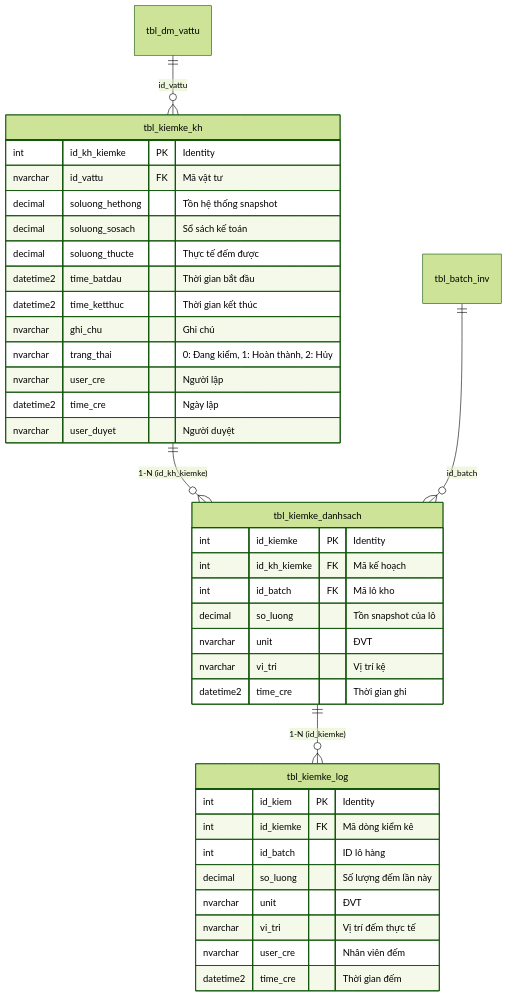
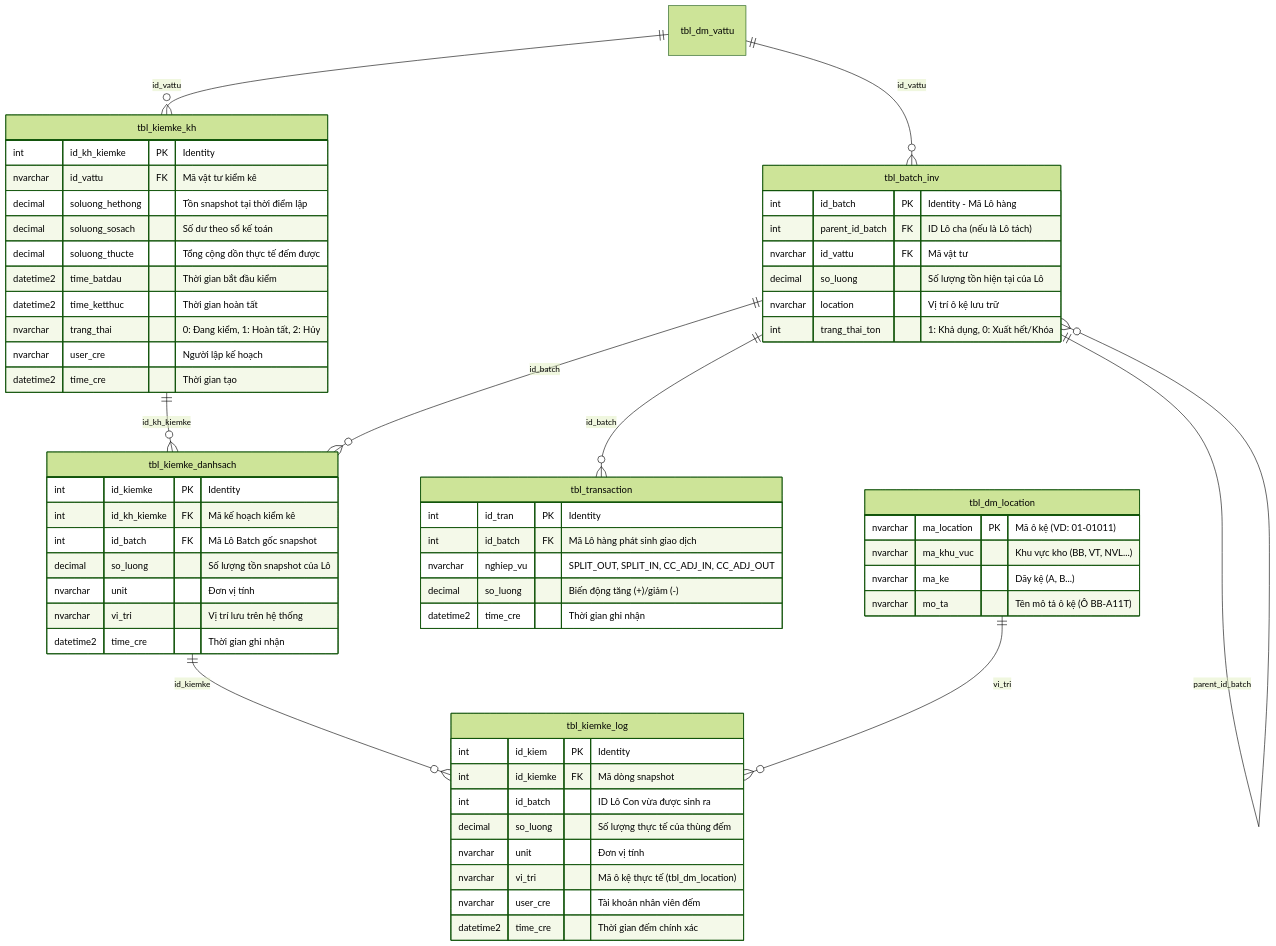
The third of 3 diagrams in docs/use-cases/UC-27_INV-08.md (Sohoa-KNSG/mms), drawn with Mermaid (forest theme) before and after one commit. The commit also changed other lines of this file, not shown here.

````diff
--- a/docs/use-cases/UC-27_INV-08.md
+++ b/docs/use-cases/UC-27_INV-08.md
@@ -260,43 +330,69 @@
 ```mermaid
 erDiagram
     tbl_dm_vattu ||--o{ tbl_kiemke_kh : "id_vattu"
-    tbl_kiemke_kh ||--o{ tbl_kiemke_danhsach : "1-N (id_kh_kiemke)"
-    tbl_kiemke_danhsach ||--o{ tbl_kiemke_log : "1-N (id_kiemke)"
+    tbl_dm_vattu ||--o{ tbl_batch_inv : "id_vattu"
+    tbl_kiemke_kh ||--o{ tbl_kiemke_danhsach : "id_kh_kiemke"
+    tbl_kiemke_danhsach ||--o{ tbl_kiemke_log : "id_kiemke"
     tbl_batch_inv ||--o{ tbl_kiemke_danhsach : "id_batch"
+    tbl_batch_inv ||--o{ tbl_batch_inv : "parent_id_batch"
+    tbl_batch_inv ||--o{ tbl_transaction : "id_batch"
+    tbl_dm_location ||--o{ tbl_kiemke_log : "vi_tri"
 
     tbl_kiemke_kh {
         int id_kh_kiemke PK "Identity"
-        nvarchar id_vattu FK "Mã vật tư"
-        decimal soluong_hethong "Tồn hệ thống snapshot"
-        decimal soluong_sosach "Sổ sách kế toán"
-        decimal soluong_thucte "Thực tế đếm được"
-        datetime2 time_batdau "Thời gian bắt đầu"
-        datetime2 time_ketthuc "Thời gian kết thúc"
-        nvarchar ghi_chu "Ghi chú"
-        nvarchar trang_thai "0: Đang kiểm, 1: Hoàn thành, 2: Hủy"
-        nvarchar user_cre "Người lập"
-        datetime2 time_cre "Ngày lập"
-        nvarchar user_duyet "Người duyệt"
+        nvarchar id_vattu FK "Mã vật tư kiểm kê"
+        decimal soluong_hethong "Tồn snapshot tại thời điểm lập"
+        decimal soluong_sosach "Số dư theo sổ kế toán"
+        decimal soluong_thucte "Tổng cộng dồn thực tế đếm được"
+        datetime2 time_batdau "Thời gian bắt đầu kiểm"
+        datetime2 time_ketthuc "Thời gian hoàn tất"
+        nvarchar trang_thai "0: Đang kiểm, 1: Hoàn tất, 2: Hủy"
+        nvarchar user_cre "Người lập kế hoạch"
+        datetime2 time_cre "Thời gian tạo"
     }
 
     tbl_kiemke_danhsach {
         int id_kiemke PK "Identity"
-        int id_kh_kiemke FK "Mã kế hoạch"
-        int id_batch FK "Mã lô kho"
-        decimal so_luong "Tồn snapshot của lô"
-        nvarchar unit "ĐVT"
-        nvarchar vi_tri "Vị trí kệ"
-        datetime2 time_cre "Thời gian ghi"
+        int id_kh_kiemke FK "Mã kế hoạch kiểm kê"
+        int id_batch FK "Mã Lô Batch gốc snapshot"
+        decimal so_luong "Số lượng tồn snapshot của Lô"
+        nvarchar unit "Đơn vị tính"
+        nvarchar vi_tri "Vị trí lưu trên hệ thống"
+        datetime2 time_cre "Thời gian ghi nhận"
     }
 
     tbl_kiemke_log {
         int id_kiem PK "Identity"
-        int id_kiemke FK "Mã dòng kiểm kê"
-        int id_batch "ID lô hàng"
-        decimal so_luong "Số lượng đếm lần này"
-        nvarchar unit "ĐVT"
-        nvarchar vi_tri "Vị trí đếm thực tế"
-        nvarchar user_cre "Nhân viên đếm"
-        datetime2 time_cre "Thời gian đếm"
+        int id_kiemke FK "Mã dòng snapshot"
+        int id_batch "ID Lô Con vừa được sinh ra"
+        decimal so_luong "Số lượng thực tế của thùng đếm"
+        nvarchar unit "Đơn vị tính"
+        nvarchar vi_tri "Mã ô kệ thực tế (tbl_dm_location)"
+        nvarchar user_cre "Tài khoản nhân viên đếm"
+        datetime2 time_cre "Thời gian đếm chính xác"
+    }
+
+    tbl_batch_inv {
+        int id_batch PK "Identity - Mã Lô hàng"
+        int parent_id_batch FK "ID Lô cha (nếu là Lô tách)"
+        nvarchar id_vattu FK "Mã vật tư"
+        decimal so_luong "Số lượng tồn hiện tại của Lô"
+        nvarchar location "Vị trí ô kệ lưu trữ"
+        int trang_thai_ton "1: Khả dụng, 0: Xuất hết/Khóa"
+    }
+
+    tbl_transaction {
+        int id_tran PK "Identity"
+        int id_batch FK "Mã Lô hàng phát sinh giao dịch"
+        nvarchar nghiep_vu "SPLIT_OUT, SPLIT_IN, CC_ADJ_IN, CC_ADJ_OUT"
+        decimal so_luong "Biến động tăng (+)/giảm (-)"
+        datetime2 time_cre "Thời gian ghi nhận"
+    }
+
+    tbl_dm_location {
+        nvarchar ma_location PK "Mã ô kệ (VD: 01-01011)"
+        nvarchar ma_khu_vuc "Khu vực kho (BB, VT, NVL...)"
+        nvarchar ma_ke "Dãy kệ (A, B...)"
+        nvarchar mo_ta "Tên mô tả ô kệ (Ô BB-A11T)"
     }
 ```
````
